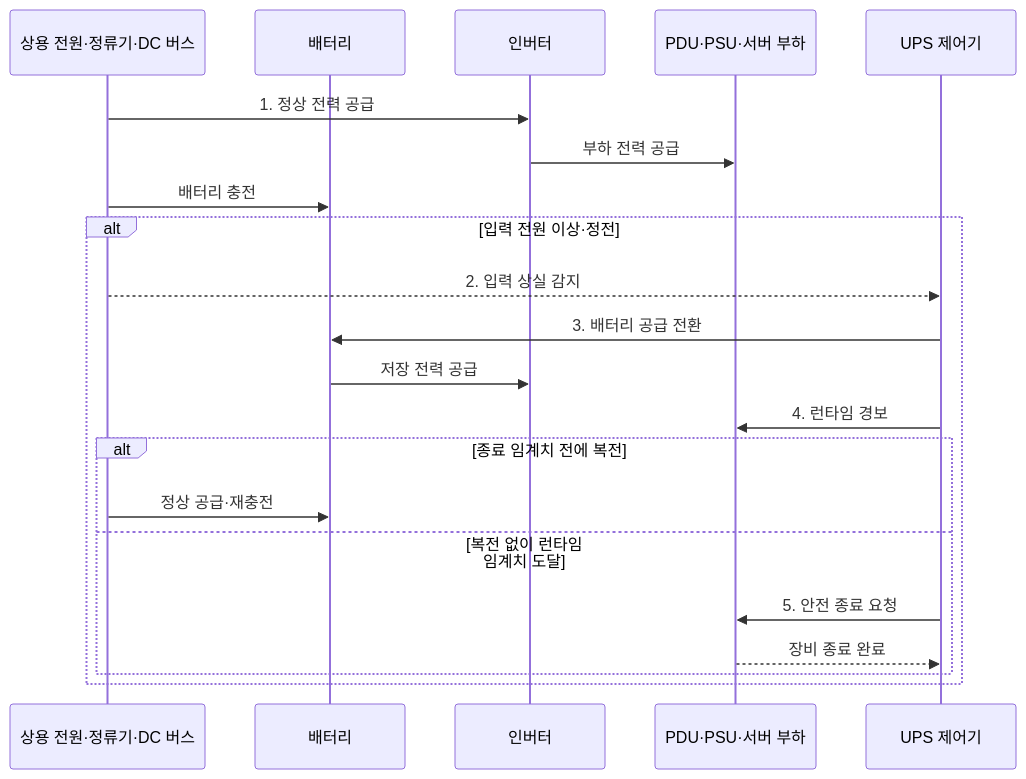
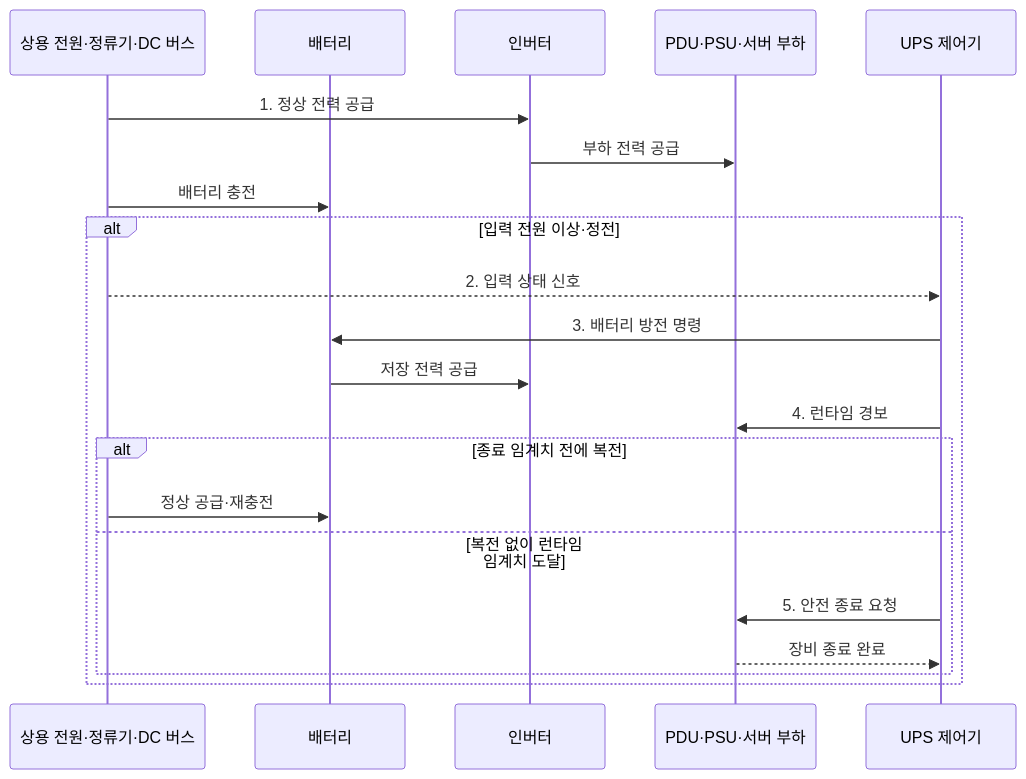
The second of 2 diagrams in src/content/docs/notes/02-hardware/055_power_supply_ups.md (agnusdei1207/knowledge-base), drawn with Mermaid before and after one commit. The commit also changed other lines of this file and 20 other files, not shown here.

````diff
--- a/src/content/docs/notes/02-hardware/055_power_supply_ups.md
+++ b/src/content/docs/notes/02-hardware/055_power_supply_ups.md
@@ -95,24 +98,24 @@
 ```mermaid
 sequenceDiagram
     participant U as 상용 전원·정류기·DC 버스
     participant B as 배터리
     participant I as 인버터
     participant L as PDU·PSU·서버 부하
     participant C as UPS 제어기
 
     U->>I: 1. 정상 전력 공급
     I->>L: 부하 전력 공급
     U->>B: 배터리 충전
     alt 입력 전원 이상·정전
-        U-->>C: 2. 입력 상실 감지
-        C->>B: 3. 배터리 공급 전환
+        U-->>C: 2. 입력 상태 신호
+        C->>B: 3. 배터리 방전 명령
         B->>I: 저장 전력 공급
         C->>L: 4. 런타임 경보
         alt 종료 임계치 전에 복전
             U->>B: 정상 공급·재충전
         else 복전 없이 런타임 임계치 도달
             C->>L: 5. 안전 종료 요청
             L-->>C: 장비 종료 완료
         end
     end
 ```
````
